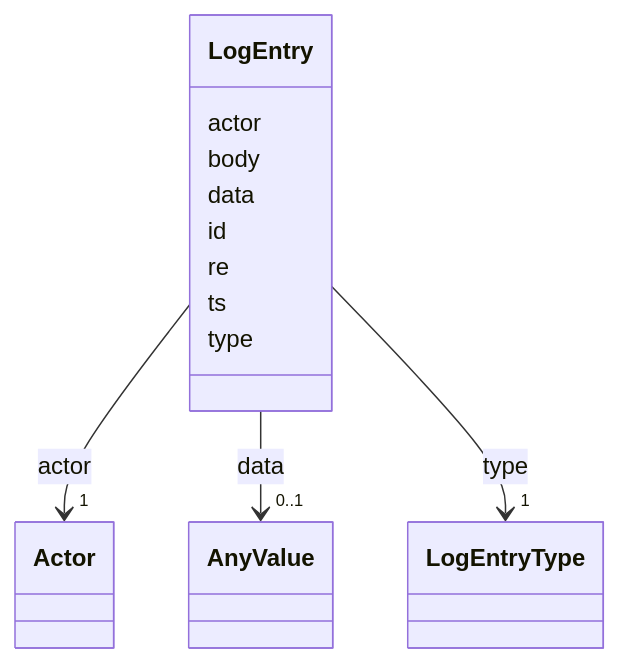
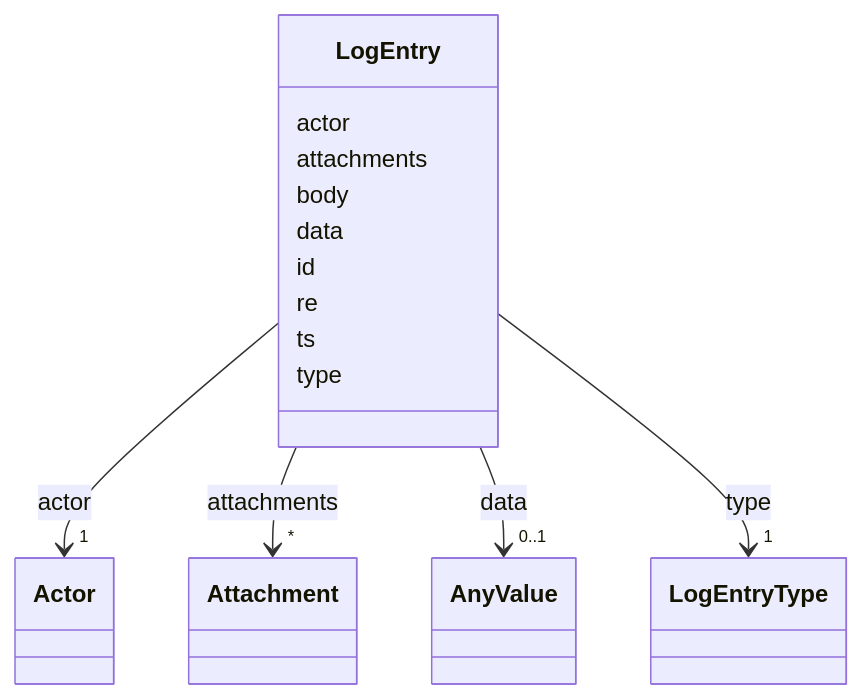
The diagram in docs/schema/v2/classes/LogEntry.md (jeffposey/agentjobs), drawn with Mermaid before and after one commit. The commit also changed other lines of this file and 19 other files, not shown here.

First line of the commit message:
chore(schema): regenerate LinkML artefacts for queue_position and attachments

````diff
--- a/docs/schema/v2/classes/LogEntry.md
+++ b/docs/schema/v2/classes/LogEntry.md
@@ -23,47 +23,58 @@
 ```mermaid
  classDiagram
     class LogEntry
     click LogEntry href "../../classes/LogEntry/"
       LogEntry : actor
         
           
     
         
         
         LogEntry --> "1" Actor : actor
         click Actor href "../../classes/Actor/"
+    
+
+        
+      LogEntry : attachments
+        
+          
+    
+        
+        
+        LogEntry --> "*" Attachment : attachments
+        click Attachment href "../../classes/Attachment/"
     
 
         
       LogEntry : body
         
       LogEntry : data
         
           
     
         
         
         LogEntry --> "0..1" AnyValue : data
         click AnyValue href "../../classes/AnyValue/"
     
 
         
       LogEntry : id
         
       LogEntry : re
         
       LogEntry : ts
         
       LogEntry : type
         
           
     
         
         
         LogEntry --> "1" LogEntryType : type
         click LogEntryType href "../../enums/LogEntryType/"
     
 
         
       
 ```
````
